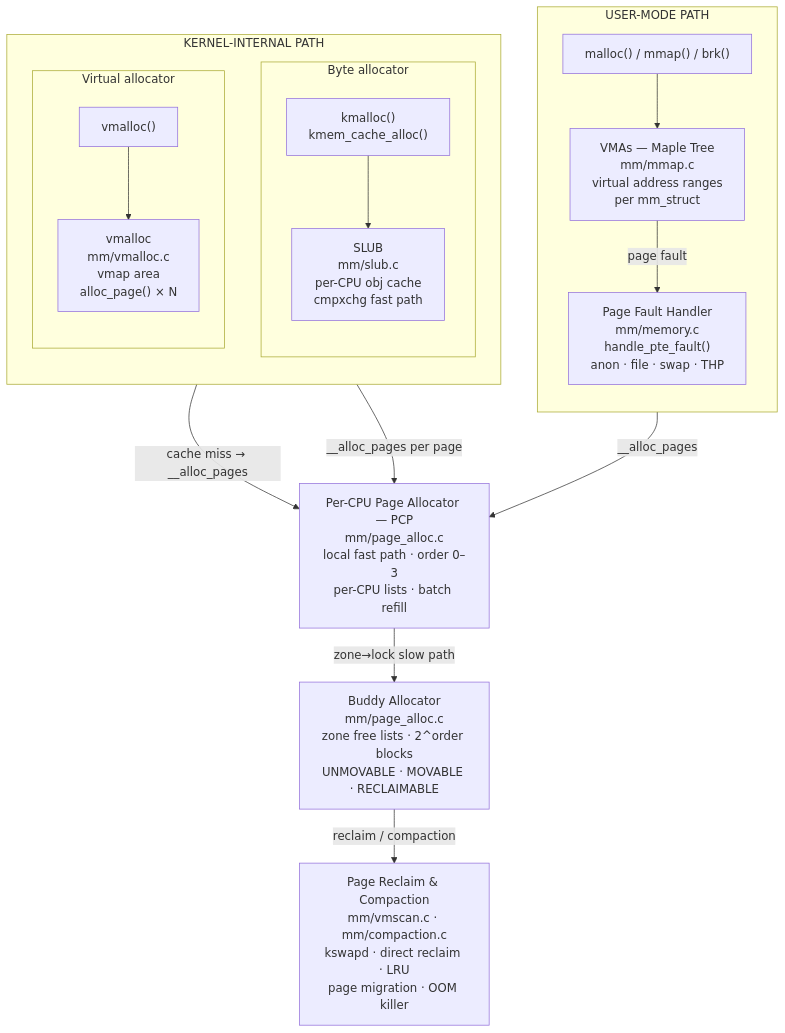
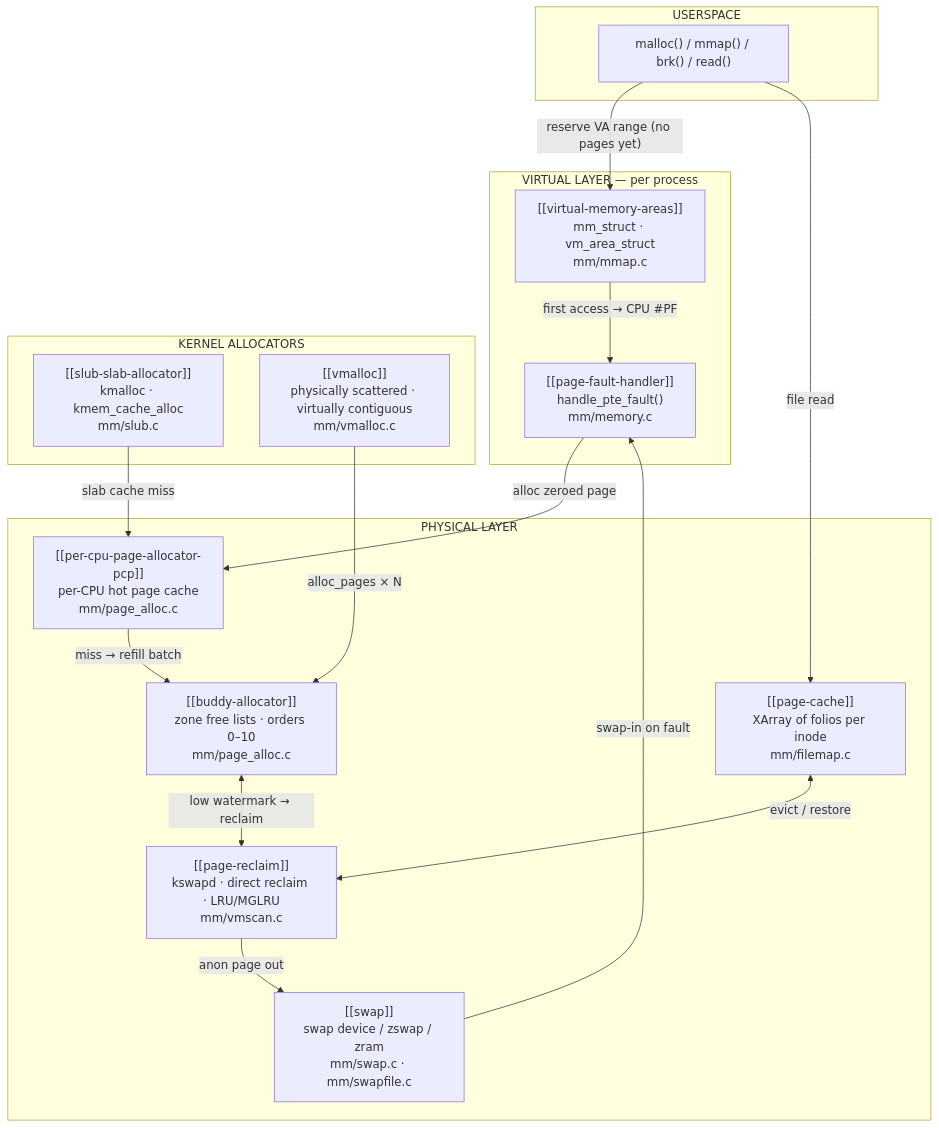
Before and after one commit to krushchavan/linux-research: the diagram in vault/subsystems/mm.md, drawn with Mermaid. The commit also changed other lines of this file, not shown here.

Commit message:
fix: replace \n with <br/> in Mermaid node labels

````diff
--- a/vault/subsystems/mm.md
+++ b/vault/subsystems/mm.md
@@ -40,39 +47,37 @@
 ```mermaid
 flowchart TB
-
-    subgraph user ["USER-MODE PATH"]
-        direction TB
-        U1["malloc() / mmap() / brk()"]
-        U2["VMAs — Maple Tree\nmm/mmap.c\nvirtual address ranges\nper mm_struct"]
-        U3["Page Fault Handler\nmm/memory.c\nhandle_pte_fault()\nanon · file · swap · THP"]
-        U1 --> U2
-        U2 -->|page fault| U3
+    subgraph user["USERSPACE"]
+        U1["malloc() / mmap() / brk() / read()"]
     end
 
-    subgraph kernel ["KERNEL-INTERNAL PATH"]
-        direction TB
-        subgraph byte_alloc ["Byte allocator"]
-            direction TB
-            K1["kmalloc()\nkmem_cache_alloc()"]
-            K2["SLUB\nmm/slub.c\nper-CPU obj cache\ncmpxchg fast path"]
-            K1 --> K2
-        end
-        subgraph virt_alloc ["Virtual allocator"]
-            direction TB
-            V1["vmalloc()"]
-            V2["vmalloc\nmm/vmalloc.c\nvmap area\nalloc_page() × N"]
-            V1 --> V2
-        end
+    subgraph virt["VIRTUAL LAYER — per process"]
+        V1["[[virtual-memory-areas]]<br/>mm_struct · vm_area_struct<br/>mm/mmap.c"]
+        V2["[[page-fault-handler]]<br/>handle_pte_fault()<br/>mm/memory.c"]
+        U1 -->|"reserve VA range (no pages yet)"| V1
+        V1 -->|"first access → CPU #PF"| V2
     end
 
-    U3 -->|__alloc_pages| PCP
-    K2 -->|cache miss → __alloc_pages| PCP
-    V2 -->|__alloc_pages per page| PCP
+    subgraph kernel_alloc["KERNEL ALLOCATORS"]
+        K1["[[slub-slab-allocator]]<br/>kmalloc · kmem_cache_alloc<br/>mm/slub.c"]
+        K2["[[vmalloc]]<br/>physically scattered · virtually contiguous<br/>mm/vmalloc.c"]
+    end
 
-    PCP["Per-CPU Page Allocator — PCP\nmm/page_alloc.c\nlocal fast path · order 0–3\nper-CPU lists · batch refill"]
-    Buddy["Buddy Allocator\nmm/page_alloc.c\nzone free lists · 2^order blocks\nUNMOVABLE · MOVABLE · RECLAIMABLE"]
-    Reclaim["Page Reclaim & Compaction\nmm/vmscan.c · mm/compaction.c\nkswapd · direct reclaim · LRU\npage migration · OOM killer"]
+    subgraph phys["PHYSICAL LAYER"]
+        P1["[[per-cpu-page-allocator-pcp]]<br/>per-CPU hot page cache<br/>mm/page_alloc.c"]
+        P2["[[buddy-allocator]]<br/>zone free lists · orders 0–10<br/>mm/page_alloc.c"]
+        P3["[[page-cache]]<br/>XArray of folios per inode<br/>mm/filemap.c"]
+        P4["[[page-reclaim]]<br/>kswapd · direct reclaim · LRU/MGLRU<br/>mm/vmscan.c"]
+        P5["[[swap]]<br/>swap device / zswap / zram<br/>mm/swap.c · mm/swapfile.c"]
 
-    PCP -->|zone→lock  slow path| Buddy
-    Buddy -->|reclaim / compaction| Reclaim
+        P1 -->|"miss → refill batch"| P2
+        P2 <-->|"low watermark → reclaim"| P4
+        P3 <-->|"evict / restore"| P4
+        P4 -->|"anon page out"| P5
+        P5 -->|"swap-in on fault"| V2
+    end
+
+    V2 -->|"alloc zeroed page"| P1
+    K1 -->|"slab cache miss"| P1
+    K2 -->|"alloc_pages × N"| P2
+    U1 -->|"file read"| P3
 ```
````
